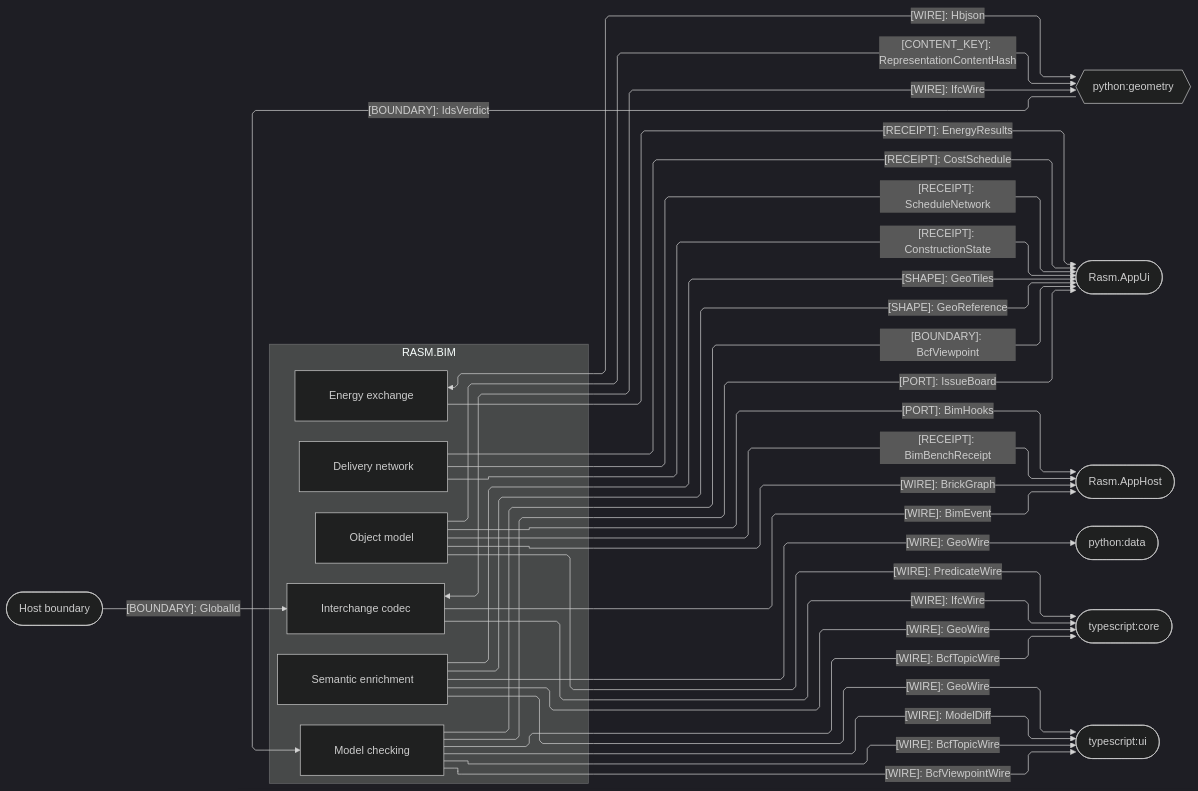
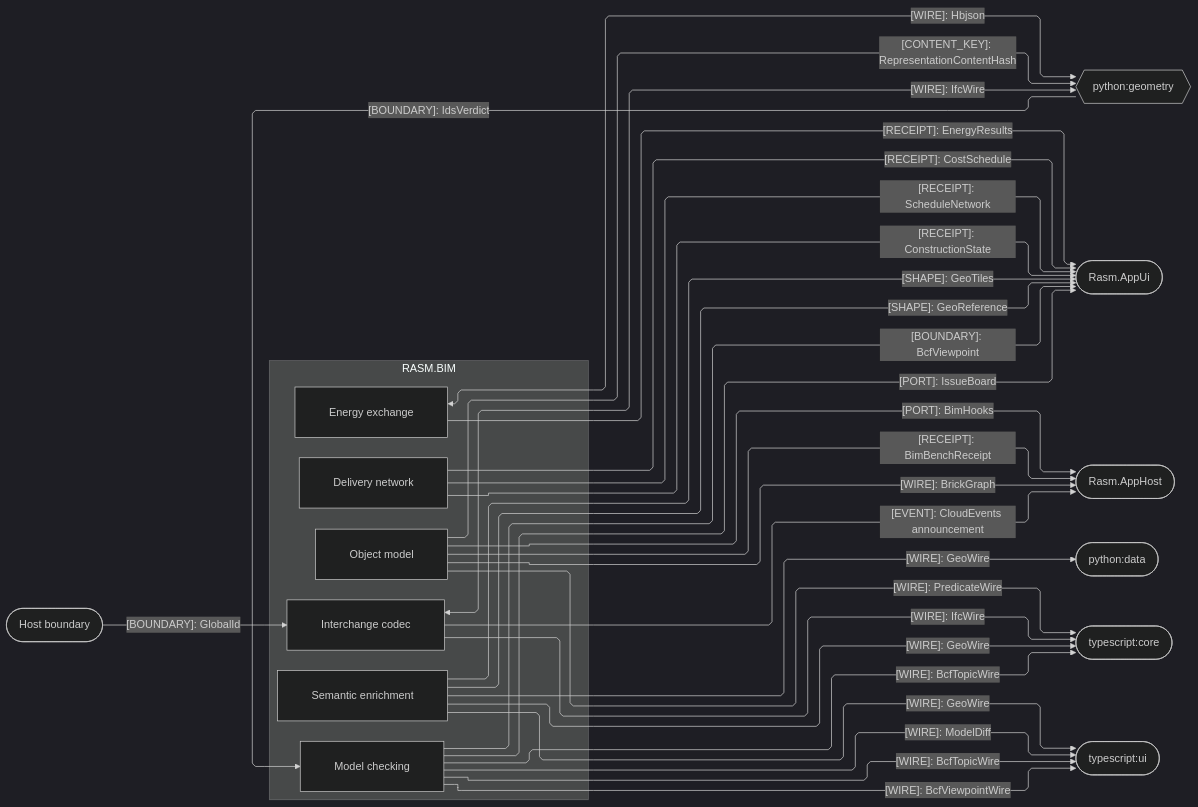
Before and after one commit to bsamiee/Rasm: the third of 3 diagrams in libs/csharp/Rasm.Bim/ARCHITECTURE.md, drawn with Mermaid (dark theme). The commit also changed other lines of this file and 509 other files, not shown here.

````diff
--- a/libs/csharp/Rasm.Bim/ARCHITECTURE.md
+++ b/libs/csharp/Rasm.Bim/ARCHITECTURE.md
@@ -182,53 +182,53 @@
 ```mermaid
 ---
 config:
   layout: elk
   flowchart:
     curve: linear
     padding: 25
 ---
 flowchart LR
     accTitle: Bim cross-runtime, presentation, and host seams
     accDescr: Bim owners exchanging wires, shapes, ports, receipts, content keys, and boundaries with the cross-runtime peers, the app platform, and the host boundary.
     subgraph bim[RASM.BIM]
         Model[Object model]
         Semantics[Semantic enrichment]
         Exchange[Interchange codec]
         Review[Model checking]
         Energy[Energy exchange]
         Planning[Delivery network]
     end
     Geometry{{python:geometry}}
     AppUi([Rasm.AppUi])
     AppHost([Rasm.AppHost])
     Host([Host boundary])
     Data([python:data])
     Core([typescript:core])
     Ui([typescript:ui])
     Exchange <-->|"[WIRE]: IfcWire"| Geometry
     Model -->|"[CONTENT_KEY]: RepresentationContentHash"| Geometry
     Geometry -->|"[BOUNDARY]: IdsVerdict"| Review
     Energy <-->|"[WIRE]: Hbjson"| Geometry
     Energy -->|"[RECEIPT]: EnergyResults"| AppUi
     Semantics -->|"[SHAPE]: GeoTiles"| AppUi
     Semantics -->|"[SHAPE]: GeoReference"| AppUi
     Planning -->|"[RECEIPT]: CostSchedule"| AppUi
     Planning -->|"[RECEIPT]: ScheduleNetwork"| AppUi
     Planning -->|"[RECEIPT]: ConstructionState"| AppUi
     Review -->|"[PORT]: IssueBoard"| AppUi
     Review -->|"[BOUNDARY]: BcfViewpoint"| AppUi
     Model -->|"[PORT]: BimHooks"| AppHost
     Model -->|"[RECEIPT]: BimBenchReceipt"| AppHost
     Model -->|"[WIRE]: BrickGraph"| AppHost
-    Exchange -->|"[WIRE]: BimEvent"| AppHost
+    Exchange -->|"[EVENT]: CloudEvents announcement"| AppHost
     Host -->|"[BOUNDARY]: GlobalId"| Exchange
     Semantics -->|"[WIRE]: GeoWire"| Data
     Model -->|"[WIRE]: PredicateWire"| Core
     Exchange -->|"[WIRE]: IfcWire"| Core
     Review -->|"[WIRE]: BcfTopicWire"| Core
     Semantics -->|"[WIRE]: GeoWire"| Core
     Review -->|"[WIRE]: BcfTopicWire"| Ui
     Review -->|"[WIRE]: BcfViewpointWire"| Ui
     Semantics -->|"[WIRE]: GeoWire"| Ui
     Review -->|"[WIRE]: ModelDiff"| Ui
 ```
````
